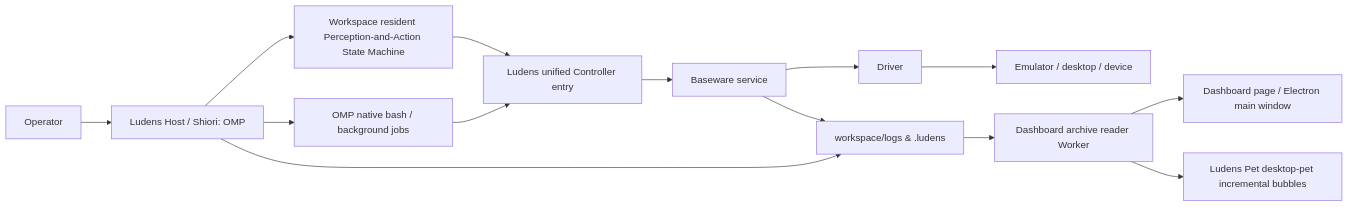
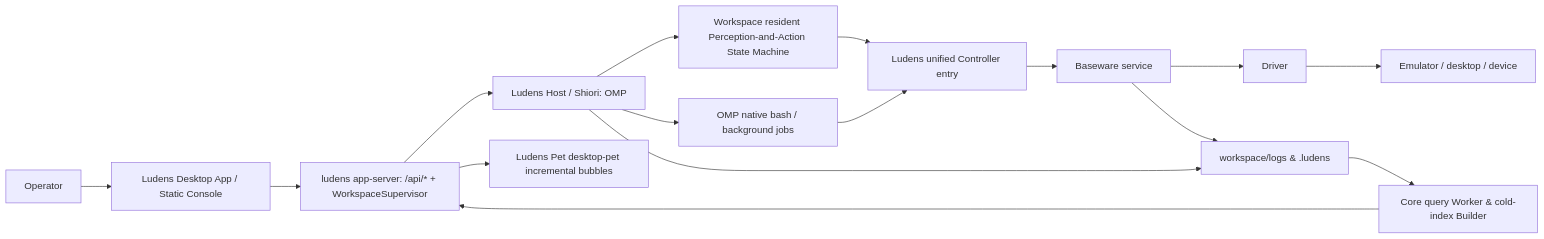
Before and after one commit to Arkevo-Lab/Ludens: the diagram in docs/en/reference/architecture.md, drawn with Mermaid. The commit also changed other lines of this file and 94 other files, not shown here.

Commit message:
feat(core,app): unified Codex-style app-server, static SPA export, and first-class desktop host

````diff
--- a/docs/en/reference/architecture.md
+++ b/docs/en/reference/architecture.md
@@ -15,16 +15,18 @@
 ```mermaid
 flowchart LR
-    O[Operator] --> H[Ludens Host / Shiori: OMP]
+    O[Operator] --> D[Ludens Desktop App / Static Console]
+    D --> Srv[ludens app-server: /api/* + WorkspaceSupervisor]
+    Srv --> H[Ludens Host / Shiori: OMP]
     H --> P[Workspace resident Perception-and-Action State Machine]
     H --> S[OMP native bash / background jobs]
     S --> C[Ludens unified Controller entry]
     P --> C
     C --> B[Baseware service]
-    B --> D[Driver]
-    D --> E[Emulator / desktop / device]
+    B --> Dvr[Driver]
+    Dvr --> E[Emulator / desktop / device]
     H --> L[workspace/logs & .ludens]
     B --> L
-    L --> R[Dashboard archive reader Worker]
-    R --> V[Dashboard page / Electron main window]
-    R --> A[Ludens Pet desktop-pet incremental bubbles]
+    L --> R[Core query Worker & cold-index Builder]
+    R --> Srv
+    Srv --> A[Ludens Pet desktop-pet incremental bubbles]
 ```
````
